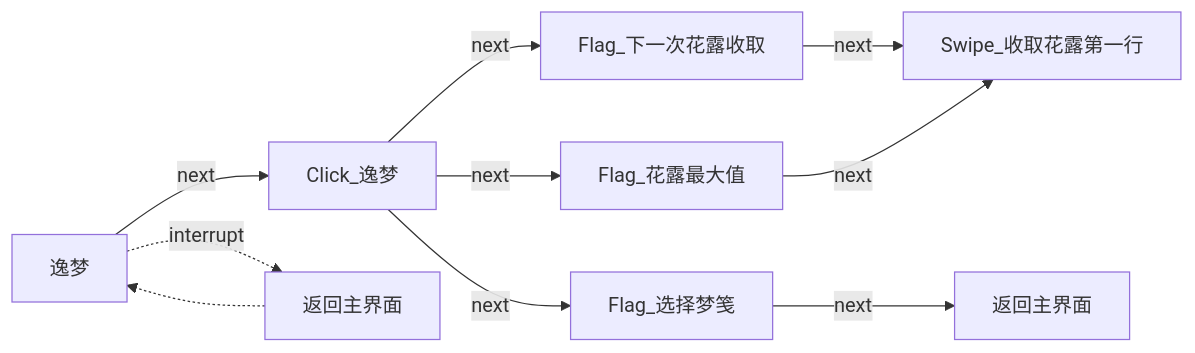
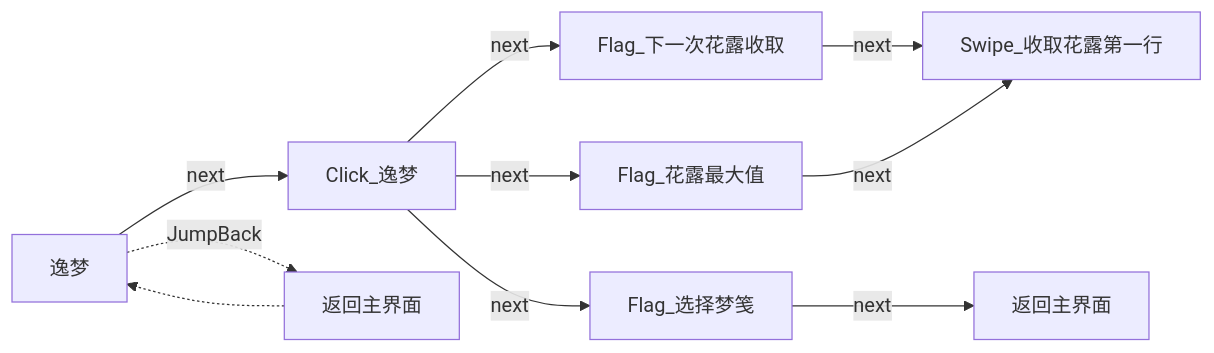
One commit to Coxwtwo/MaaTOT changed diagram 14 of 40 in docs/zh_cn/develop/Pipeline说明.md. Above: the diagram before and after it, drawn with Mermaid. The commit also changed other lines of this file, not shown here.

Commit message:
docs: 完善 Pipeline 说明，新增未名市移动、未名市周任务文档，interrupt→JumpBack(MaaFramework v5.1 起已废弃 interrupt 字段）

````diff
--- a/docs/zh_cn/develop/Pipeline说明.md
+++ b/docs/zh_cn/develop/Pipeline说明.md
@@ -334,12 +334,12 @@
 ```mermaid
 flowchart LR
     n0["逸梦"] -->|next| n1["Click_逸梦"]
-    n0["逸梦"] -.->|interrupt| n2["返回主界面"]
+    n0["逸梦"] -.->|JumpBack| n2["返回主界面"]
     n2 -.-> n0
     n1 -->|next| n3["Flag_下一次花露收取"]
     n1 -->|next| n4["Flag_花露最大值"]
     n1 -->|next| n5["Flag_选择梦笺"]
     n3 -->|next| n6["Swipe_收取花露第一行"]
     n4 -->|next| n6
     n5 -->|next| n00["返回主界面"]
 ```
````
